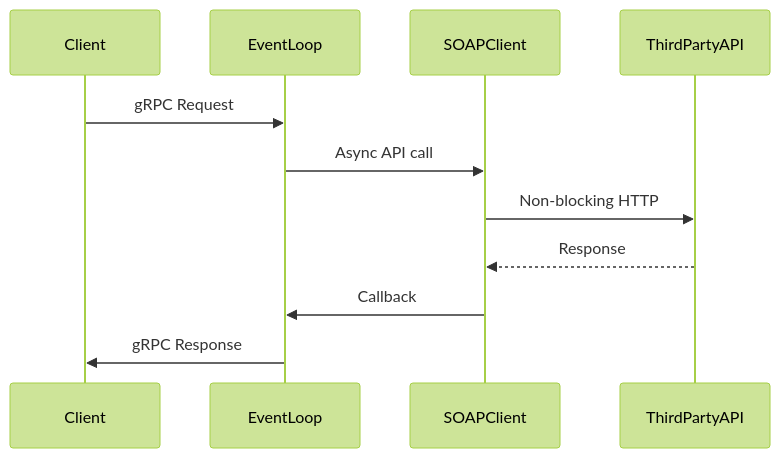
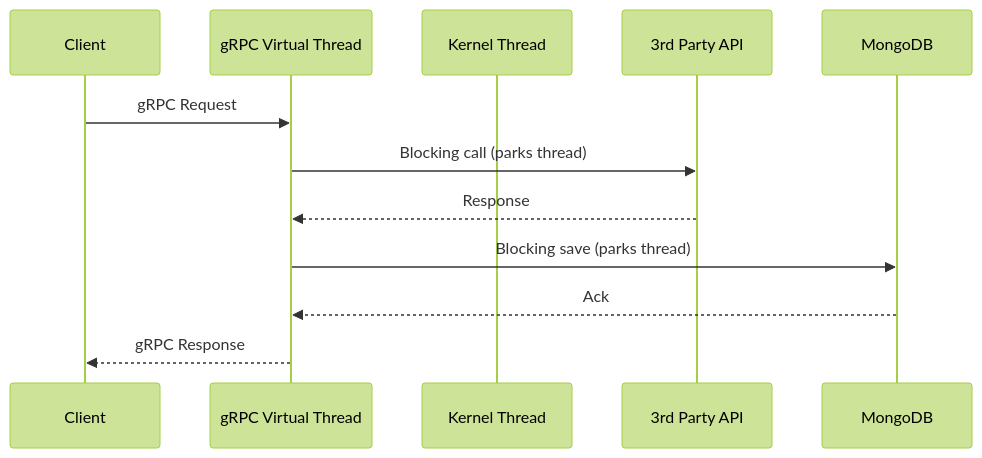
One commit to sonuprajapati15/Web-frameworks changed the sixth of 7 diagrams in README.md. Above: the diagram before and after it, drawn with Mermaid (forest theme). The commit also changed other lines of this file, not shown here.

````diff
--- a/README.md
+++ b/README.md
@@ -373,14 +500,15 @@
 ```mermaid
 sequenceDiagram
     participant Client
-    participant EventLoop
-    participant SOAPClient
-    participant ThirdPartyAPI
+    participant gRPC Virtual Thread
+    participant Kernel Thread
+    participant 3rd Party API
+    participant MongoDB
 
-    Client->>EventLoop: gRPC Request
-    EventLoop->>SOAPClient: Async API call
-    SOAPClient->>ThirdPartyAPI: Non-blocking HTTP
-    ThirdPartyAPI-->>SOAPClient: Response
-    SOAPClient->>EventLoop: Callback
-    EventLoop->>Client: gRPC Response
+    Client->>gRPC Virtual Thread: gRPC Request
+    gRPC Virtual Thread->>3rd Party API: Blocking call (parks thread)
+    3rd Party API-->>gRPC Virtual Thread: Response
+    gRPC Virtual Thread->>MongoDB: Blocking save (parks thread)
+    MongoDB-->>gRPC Virtual Thread: Ack
+    gRPC Virtual Thread-->>Client: gRPC Response
 ```
````
